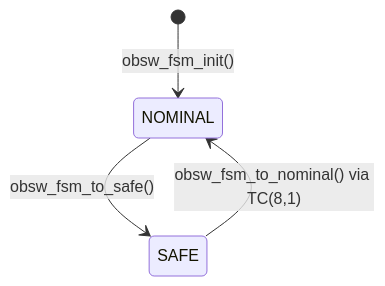
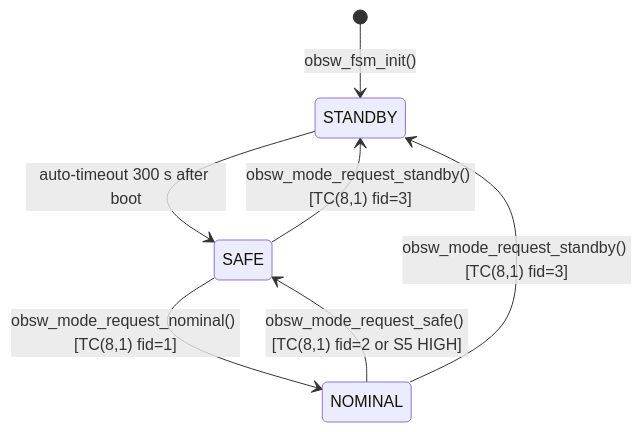
The second of 4 diagrams in docs/architecture.md (lipofefeyt/openobsw), drawn with Mermaid before and after one commit. The commit also changed other lines of this file and 2 other files, not shown here.

````diff
--- a/docs/architecture.md
+++ b/docs/architecture.md
@@ -284,6 +297,9 @@
 ```mermaid
 stateDiagram-v2
-    [*] --> NOMINAL : obsw_fsm_init()
-    NOMINAL --> SAFE : obsw_fsm_to_safe()
-    SAFE --> NOMINAL : obsw_fsm_to_nominal() via TC(8,1)
+    [*] --> STANDBY : obsw_fsm_init()
+    STANDBY --> SAFE : auto-timeout 300 s after boot
+    SAFE --> NOMINAL : obsw_mode_request_nominal() [TC(8,1) fid=1]
+    NOMINAL --> SAFE : obsw_mode_request_safe() [TC(8,1) fid=2 or S5 HIGH]
+    SAFE --> STANDBY : obsw_mode_request_standby() [TC(8,1) fid=3]
+    NOMINAL --> STANDBY : obsw_mode_request_standby() [TC(8,1) fid=3]
 ```
````
